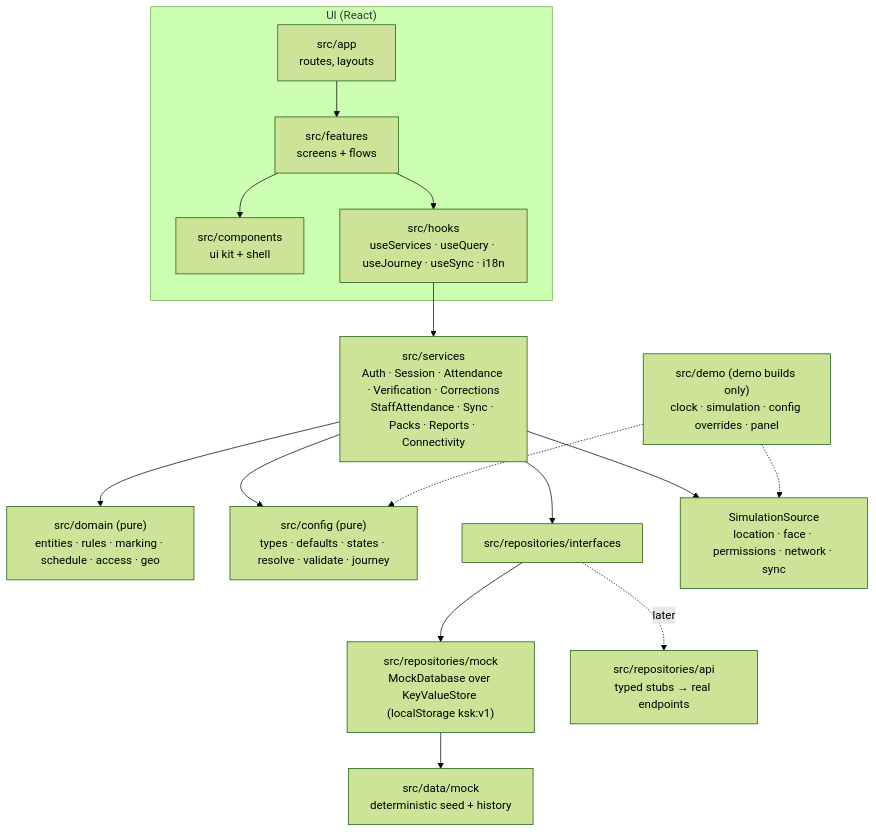
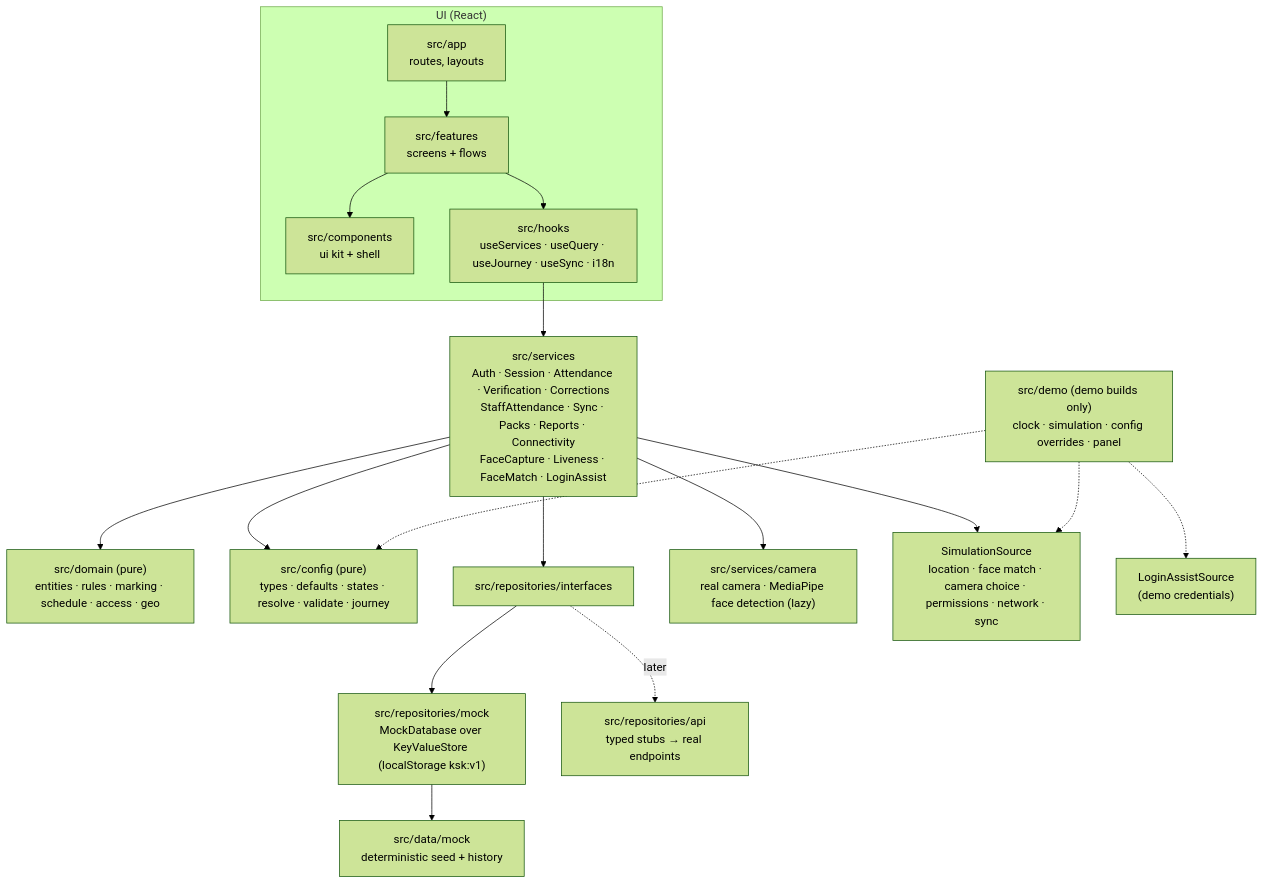
One commit to repo-sumit/KSK-Att changed the first of 5 diagrams in docs/ARCHITECTURE.md. Above: the diagram before and after it, drawn with Mermaid (forest theme). The commit also changed other lines of this file and 130 other files, not shown here.

````diff
--- a/docs/ARCHITECTURE.md
+++ b/docs/ARCHITECTURE.md
@@ -7,18 +7,20 @@
 ```mermaid
 flowchart TD
   subgraph UI["UI (React)"]
     APP["src/app<br/>routes, layouts"] --> FEAT["src/features<br/>screens + flows"]
     FEAT --> KIT["src/components<br/>ui kit + shell"]
     FEAT --> HOOKS["src/hooks<br/>useServices · useQuery · useJourney · useSync · i18n"]
   end
-  HOOKS --> SVC["src/services<br/>Auth · Session · Attendance · Verification · Corrections<br/>StaffAttendance · Sync · Packs · Reports · Connectivity"]
+  HOOKS --> SVC["src/services<br/>Auth · Session · Attendance · Verification · Corrections<br/>StaffAttendance · Sync · Packs · Reports · Connectivity<br/>FaceCapture · Liveness · FaceMatch · LoginAssist"]
   SVC --> DOM["src/domain (pure)<br/>entities · rules · marking · schedule · access · geo"]
   SVC --> CFG["src/config (pure)<br/>types · defaults · states · resolve · validate · journey"]
   SVC --> RI["src/repositories/interfaces"]
   RI --> MOCK["src/repositories/mock<br/>MockDatabase over KeyValueStore (localStorage ksk:v1)"]
   RI -. later .-> API["src/repositories/api<br/>typed stubs → real endpoints"]
   MOCK --> DATA["src/data/mock<br/>deterministic seed + history"]
-  SVC --> SIM["SimulationSource<br/>location · face · permissions · network · sync"]
+  SVC --> CAM["src/services/camera<br/>real camera · MediaPipe face detection (lazy)"]
+  SVC --> SIM["SimulationSource<br/>location · face match · camera choice · permissions · network · sync"]
   DEMO["src/demo (demo builds only)<br/>clock · simulation · config overrides · panel"] -.-> SIM
   DEMO -.-> CFG
+  DEMO -.-> LA["LoginAssistSource<br/>(demo credentials)"]
 ```
````
